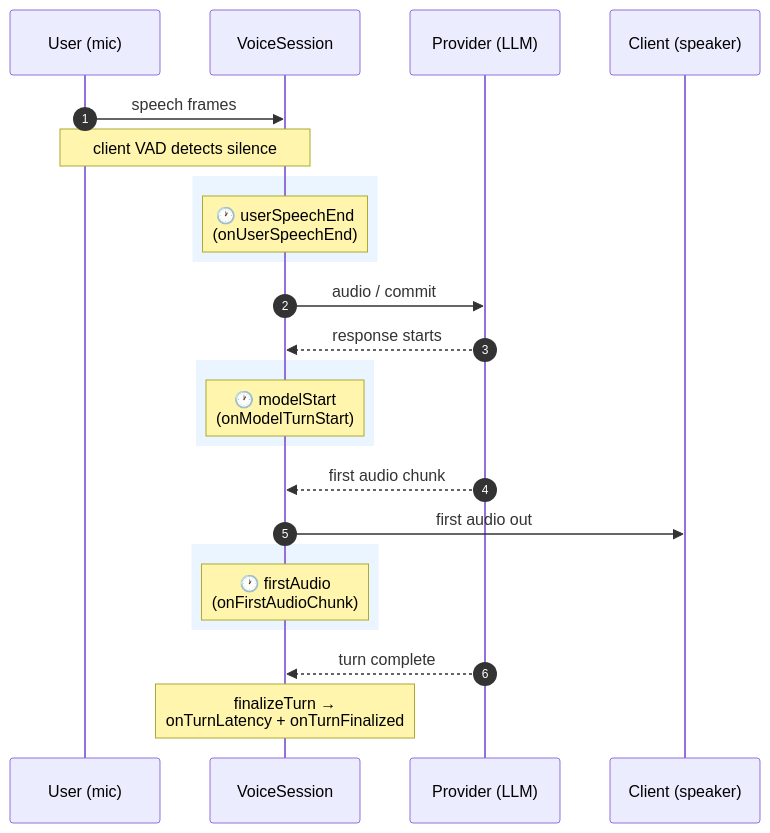
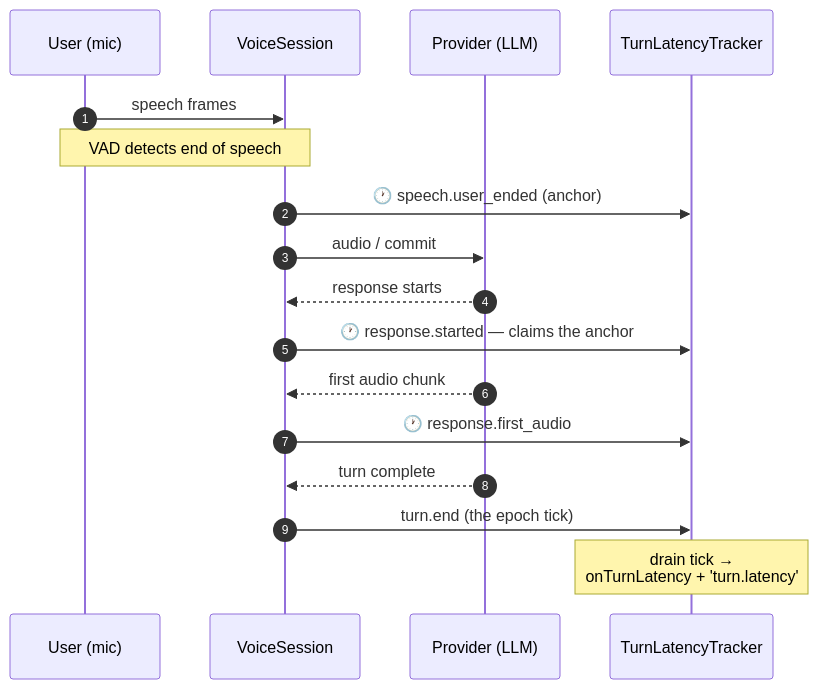
One commit to randombet/bodhi_realtime_agent changed the fourth of 11 diagrams in docs/guide/observability.md. Above: the diagram before and after it, drawn with Mermaid. The commit also changed other lines of this file, not shown here.

First line of the commit message:
docs(observability): document the event-sourced latency pipeline [§11.5 step 5]

````diff
--- a/docs/guide/observability.md
+++ b/docs/guide/observability.md
@@ -208,26 +216,20 @@
 ```mermaid
 sequenceDiagram
   autonumber
   participant U as User (mic)
   participant V as VoiceSession
   participant P as Provider (LLM)
-  participant C as Client (speaker)
+  participant T as TurnLatencyTracker
 
   U->>V: speech frames
-  Note over U,V: client VAD detects silence
-  rect rgb(235, 245, 255)
-    Note over V: 🕐 userSpeechEnd<br/>(onUserSpeechEnd)
-  end
+  Note over U,V: VAD detects end of speech
+  V->>T: 🕐 speech.user_ended (anchor)
   V->>P: audio / commit
   P-->>V: response starts
-  rect rgb(235, 245, 255)
-    Note over V: 🕐 modelStart<br/>(onModelTurnStart)
-  end
+  V->>T: 🕐 response.started — claims the anchor
   P-->>V: first audio chunk
-  V->>C: first audio out
-  rect rgb(235, 245, 255)
-    Note over V: 🕐 firstAudio<br/>(onFirstAudioChunk)
-  end
+  V->>T: 🕐 response.first_audio
   P-->>V: turn complete
-  Note over V: finalizeTurn →<br/>onTurnLatency + onTurnFinalized
+  V->>T: turn.end (the epoch tick)
+  Note over T: drain tick →<br/>onTurnLatency + 'turn.latency'
 ```
````
